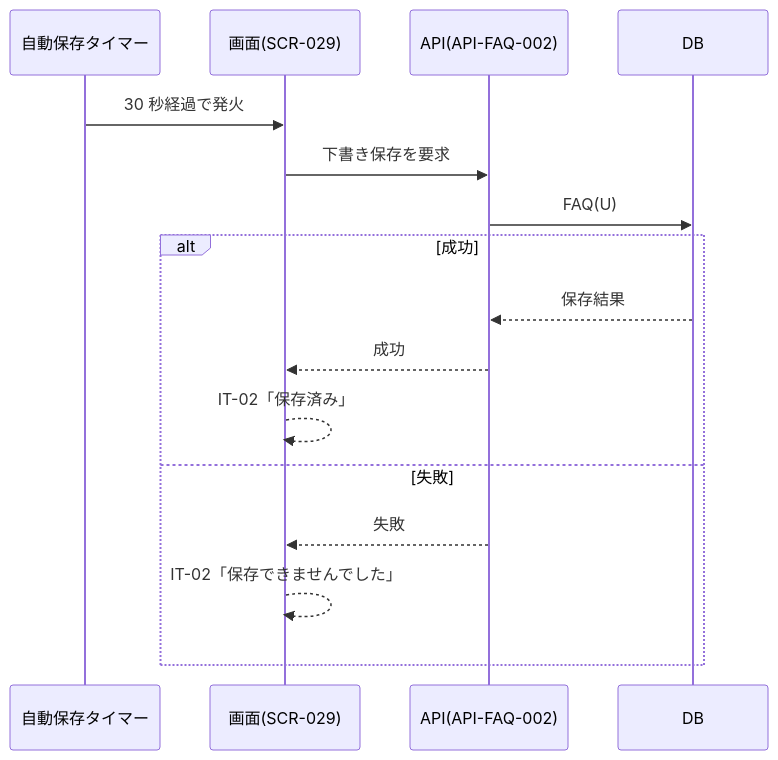
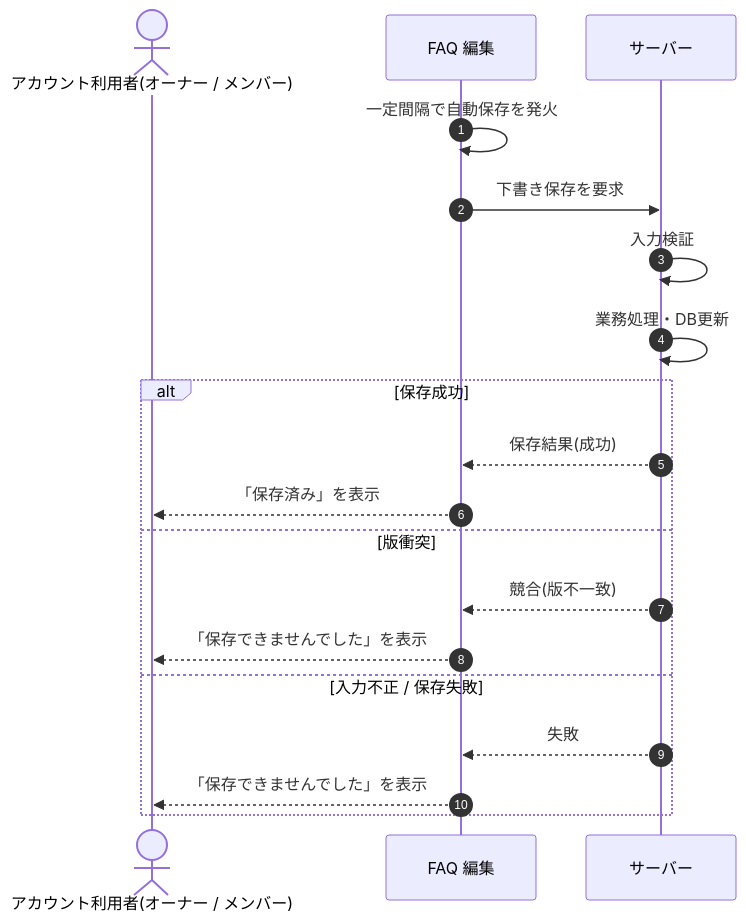
One commit to sikakou54/open-faq changed the diagram in 02_basic_design/05_sequences/SEQ-033.md. Above: the diagram before and after it, drawn with Mermaid. The commit also changed other lines of this file and 108 other files, not shown here.

First line of the commit message:
基本設計: シーケンス図を基本設計粒度(ユーザー/画面/サーバー)へ再編成

````diff
--- a/02_basic_design/05_sequences/SEQ-033.md
+++ b/02_basic_design/05_sequences/SEQ-033.md
@@ -25,18 +32,21 @@
 ```mermaid
 sequenceDiagram
-  participant T as 自動保存タイマー
-  participant V as 画面(SCR-029)
-  participant A as API(API-FAQ-002)
-  participant D as DB
-  T->>V: 30 秒経過で発火
-  V->>A: 下書き保存を要求
-  A->>D: FAQ(U)
-  alt 成功
-    D-->>A: 保存結果
-    A-->>V: 成功
-    V-->>V: IT-02「保存済み」
-  else 失敗
-    A-->>V: 失敗
-    V-->>V: IT-02「保存できませんでした」
+  autonumber
+  actor U as アカウント利用者(オーナー / メンバー)
+  participant Screen as FAQ 編集
+  participant Server as サーバー
+  Screen->>Screen: 一定間隔で自動保存を発火
+  Screen->>Server: 下書き保存を要求
+  Server->>Server: 入力検証
+  Server->>Server: 業務処理・DB更新
+  alt 保存成功
+    Server-->>Screen: 保存結果(成功)
+    Screen-->>U: 「保存済み」を表示
+  else 版衝突
+    Server-->>Screen: 競合(版不一致)
+    Screen-->>U: 「保存できませんでした」を表示
+  else 入力不正 / 保存失敗
+    Server-->>Screen: 失敗
+    Screen-->>U: 「保存できませんでした」を表示
   end
 ```
````
